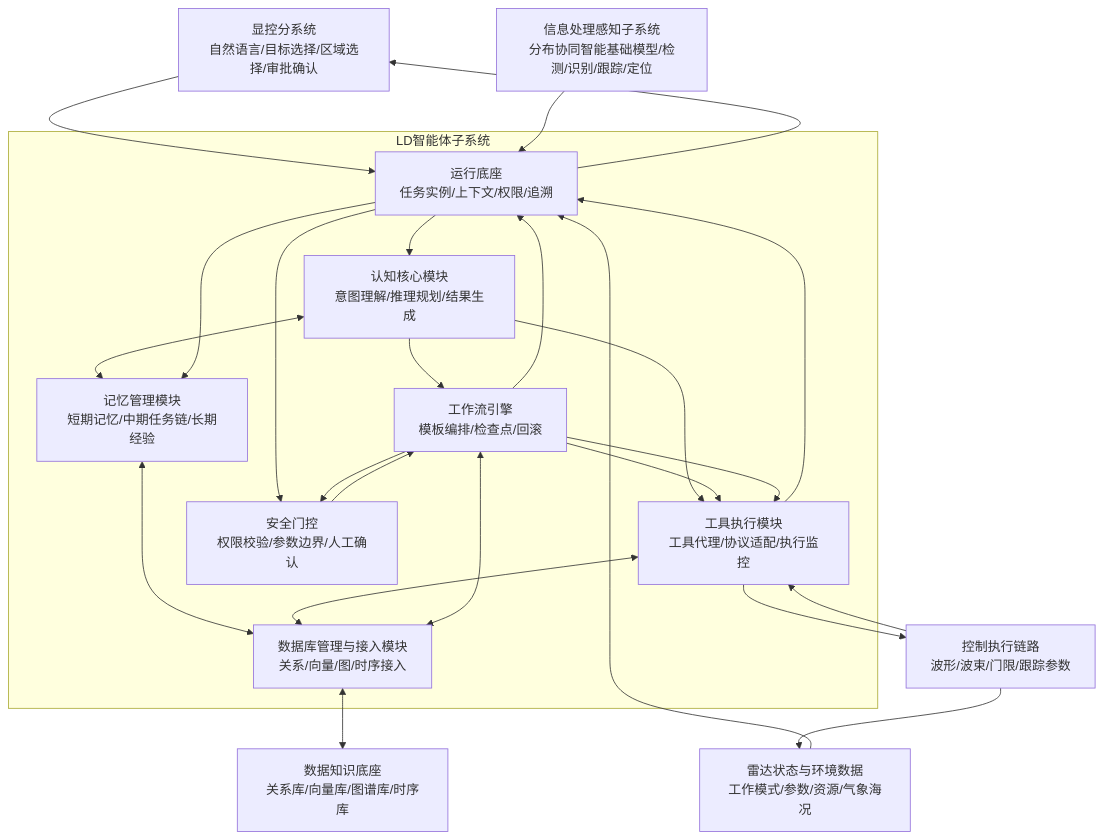
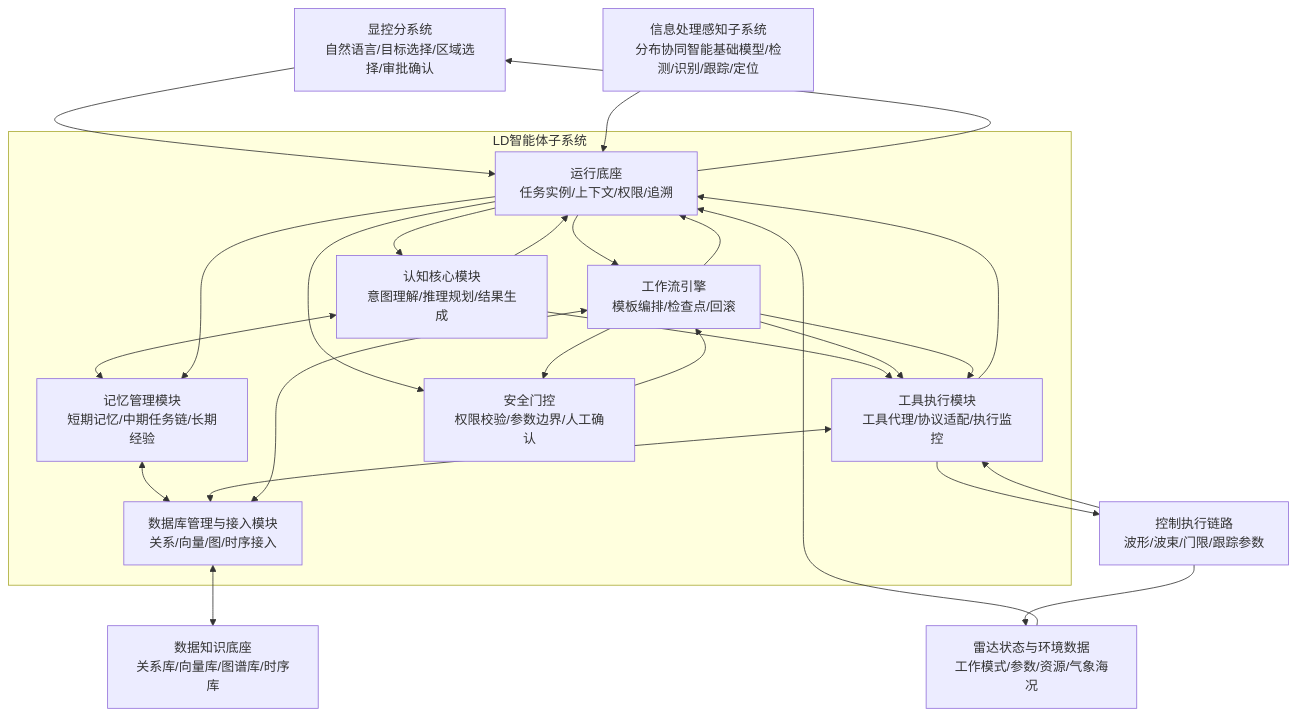
Before and after one commit to StormSeven1/obsidian-vault: the first of 7 diagrams in radar agent/4.3.3.2 LD智能体子系统技术方案.md, drawn with Mermaid. The commit also changed other lines of this file, not shown here.

````diff
--- a/radar agent/4.3.3.2 LD智能体子系统技术方案.md
+++ b/radar agent/4.3.3.2 LD智能体子系统技术方案.md
@@ -21,42 +21,43 @@
 ```mermaid
 graph TB
     J1[显控分系统<br/>自然语言/目标选择/区域选择/审批确认]
     J2[信息处理感知子系统<br/>分布协同智能基础模型/检测/识别/跟踪/定位]
     J3[雷达状态与环境数据<br/>工作模式/参数/资源/气象海况]
     J4[控制执行链路<br/>波形/波束/门限/跟踪参数]
     J5[数据知识底座<br/>关系库/向量库/图谱库/时序库]
 
     subgraph J6[LD智能体子系统]
         J7[运行底座<br/>任务实例/上下文/权限/追溯]
         J8[认知核心模块<br/>意图理解/推理规划/结果生成]
         J9[记忆管理模块<br/>短期记忆/中期任务链/长期经验]
         J10[工具执行模块<br/>工具代理/协议适配/执行监控]
         J11[工作流引擎<br/>模板编排/检查点/回滚]
         J12[数据库管理与接入模块<br/>关系/向量/图/时序接入]
         J13[安全门控<br/>权限校验/参数边界/人工确认]
     end
 
     J1 --> J7
     J2 --> J7
     J3 --> J7
     J7 --> J8
     J8 <--> J9
     J9 <--> J12
     J8 --> J10
-    J8 --> J11
+    J8 --> J7
+    J7 --> J11
     J11 --> J10
     J10 <--> J12
     J11 <--> J12
     J12 <--> J5
     J7 --> J13
     J11 --> J13
     J13 --> J11
     J11 --> J10
     J10 --> J4
     J4 --> J10
     J4 --> J3
     J10 --> J7
     J11 --> J7
     J7 --> J1
     J7 --> J9
 ```
````
